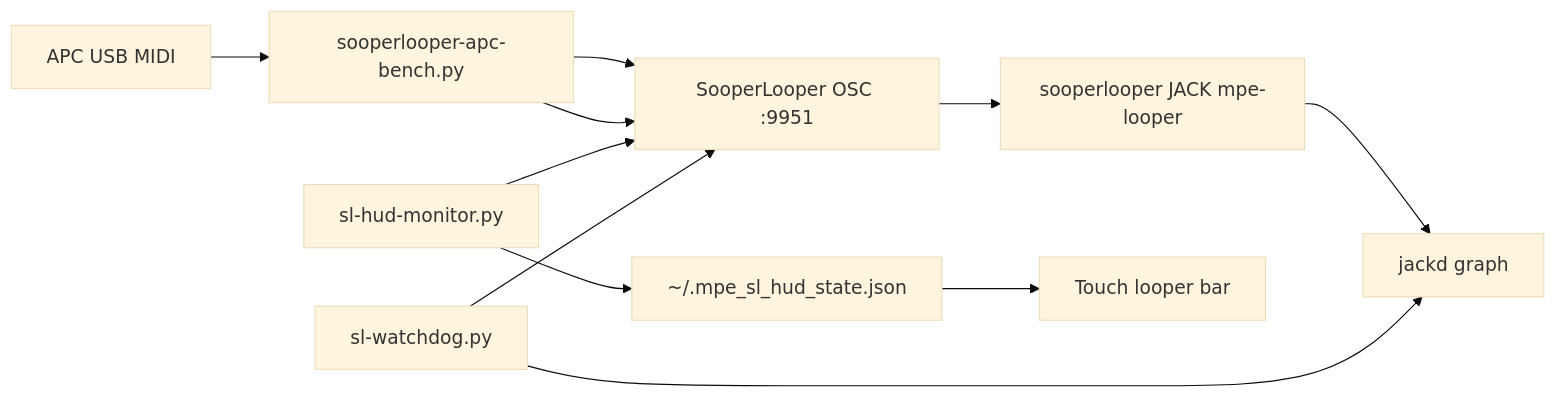
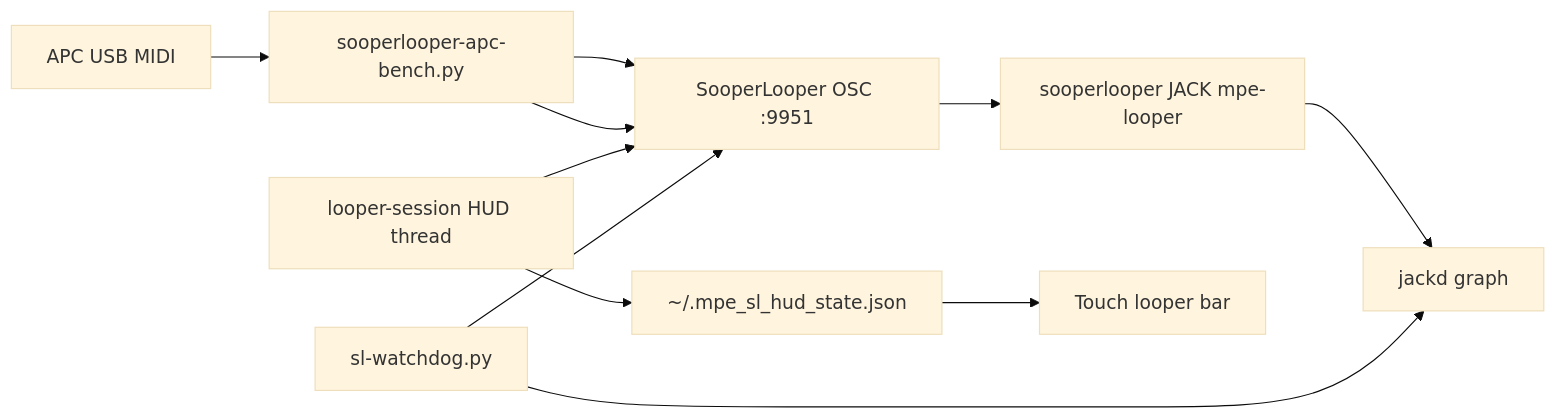
Before and after one commit to MitchSchwartz/MPE-Sound-Module: the fourth of 4 diagrams in docs/CODE-MAP.md, drawn with Mermaid (base theme). The commit also changed other lines of this file and 15 other files, not shown here.

First line of the commit message:
feat(looper): Phase 3M merge bench + HUD into mpe-looper-session

````diff
--- a/docs/CODE-MAP.md
+++ b/docs/CODE-MAP.md
@@ -404,20 +403,20 @@
 ```mermaid
 flowchart LR
     APC[APC USB MIDI]
     BENCH[sooperlooper-apc-bench.py]
     OSC[SooperLooper OSC :9951]
     ENG[sooperlooper JACK mpe-looper]
     JACK[jackd graph]
-    HUD[sl-hud-monitor.py]
+    HUD[looper-session HUD thread]
     UI[Touch looper bar]
 
     APC --> BENCH
     BENCH --> OSC --> ENG
     ENG --> JACK
     BENCH --> OSC
     HUD --> OSC
     HUD --> FILE["~/.mpe_sl_hud_state.json"]
     FILE --> UI
     WDOG[sl-watchdog.py] --> JACK
     WDOG --> OSC
 ```
````
